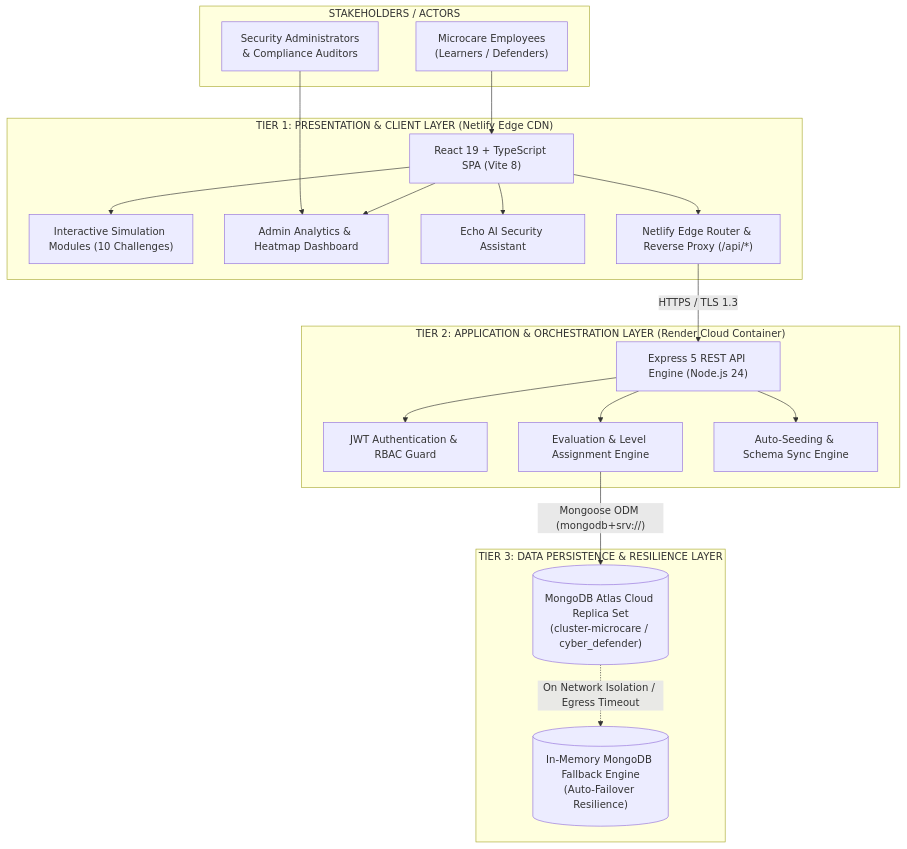
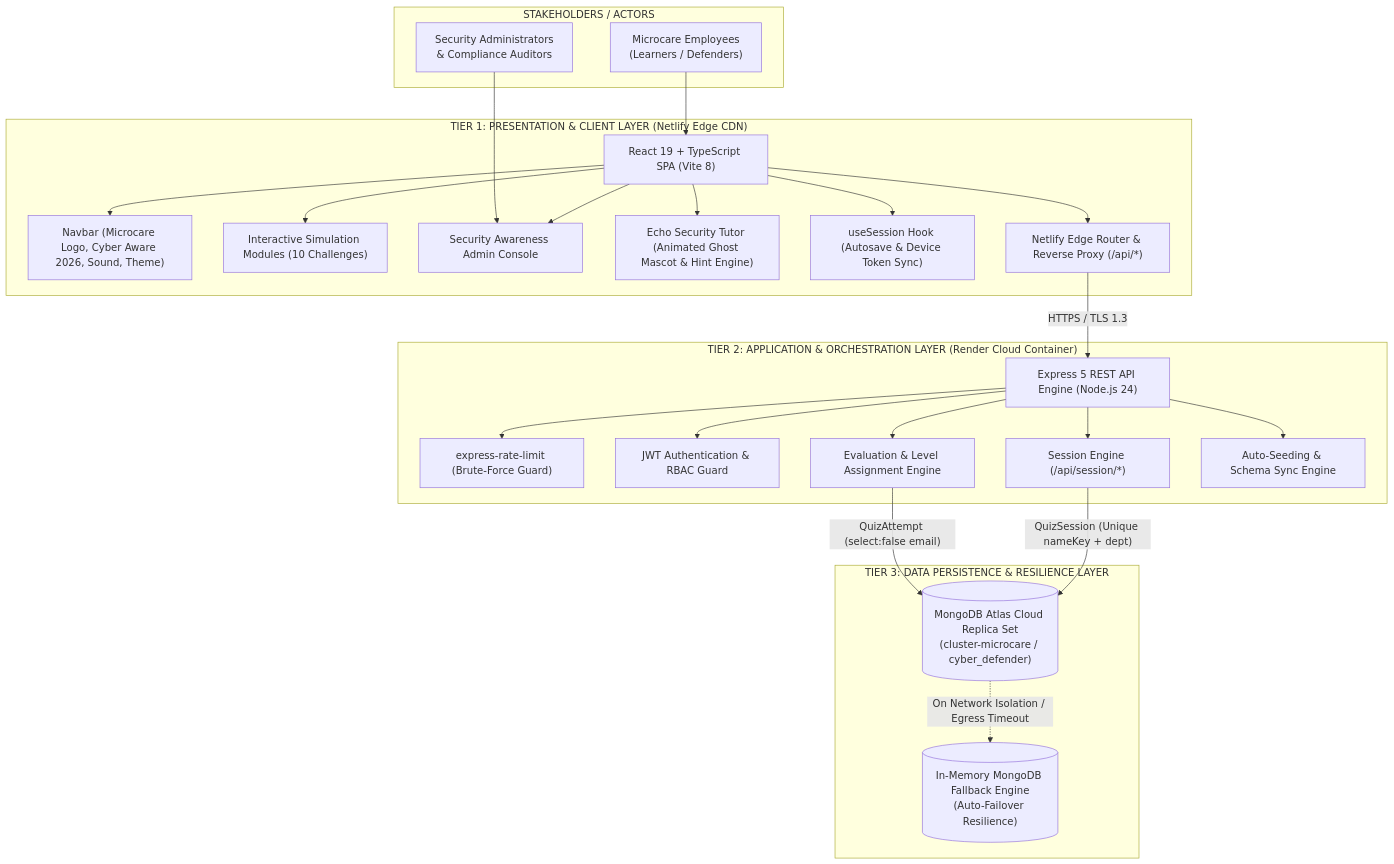
Before and after one commit to Shannu116/Cyber-Defender-Awareness-Platform: the diagram in PROJECT_REPORT.md, drawn with Mermaid. The commit also changed other lines of this file and 7 other files, not shown here.

````diff
--- a/PROJECT_REPORT.md
+++ b/PROJECT_REPORT.md
@@ -47,44 +51,53 @@
 ```mermaid
 flowchart TD
     %% High-Level General Block Diagram
     subgraph ClientTier ["TIER 1: PRESENTATION & CLIENT LAYER (Netlify Edge CDN)"]
         UI_SPA["React 19 + TypeScript SPA (Vite 8)"]
+        NavbarUI["Navbar (Microcare Logo, Cyber Aware 2026, Sound, Theme)"]
         ModulesUI["Interactive Simulation Modules (10 Challenges)"]
-        AdminUI["Admin Analytics & Heatmap Dashboard"]
-        EchoUI["Echo AI Security Assistant"]
+        AdminUI["Security Awareness Admin Console"]
+        EchoUI["Echo Security Tutor (Animated Ghost Mascot & Hint Engine)"]
+        SessionHook["useSession Hook (Autosave & Device Token Sync)"]
         ProxyRouter["Netlify Edge Router & Reverse Proxy (/api/*)"]
         
+        UI_SPA --> NavbarUI
         UI_SPA --> ModulesUI
         UI_SPA --> AdminUI
         UI_SPA --> EchoUI
+        UI_SPA --> SessionHook
         UI_SPA --> ProxyRouter
     end
 
     subgraph ApiTier ["TIER 2: APPLICATION & ORCHESTRATION LAYER (Render Cloud Container)"]
         ExpressApp["Express 5 REST API Engine (Node.js 24)"]
+        RateLimiter["express-rate-limit (Brute-Force Guard)"]
         AuthMiddleware["JWT Authentication & RBAC Guard"]
+        SessionRoutes["Session Engine (/api/session/*)"]
         ScoringEngine["Evaluation & Level Assignment Engine"]
         SeedEngine["Auto-Seeding & Schema Sync Engine"]
         
         ProxyRouter -- "HTTPS / TLS 1.3" --> ExpressApp
+        ExpressApp --> RateLimiter
         ExpressApp --> AuthMiddleware
+        ExpressApp --> SessionRoutes
         ExpressApp --> ScoringEngine
         ExpressApp --> SeedEngine
     end
 
     subgraph DataTier ["TIER 3: DATA PERSISTENCE & RESILIENCE LAYER"]
         AtlasCluster[("MongoDB Atlas Cloud Replica Set\n(cluster-microcare / cyber_defender)")]
         LocalFallback[("In-Memory MongoDB Fallback Engine\n(Auto-Failover Resilience)")]
         
-        ScoringEngine -- "Mongoose ODM (mongodb+srv://)" --> AtlasCluster
+        SessionRoutes -- "QuizSession (Unique nameKey + dept)" --> AtlasCluster
+        ScoringEngine -- "QuizAttempt (select:false email)" --> AtlasCluster
         AtlasCluster -. "On Network Isolation / Egress Timeout" .-> LocalFallback
     end
 
     subgraph UserRoles ["STAKEHOLDERS / ACTORS"]
         Emp["Microcare Employees\n(Learners / Defenders)"]
         SecAdmin["Security Administrators\n& Compliance Auditors"]
     end
 
     Emp --> UI_SPA
     SecAdmin --> AdminUI
 ```
````
